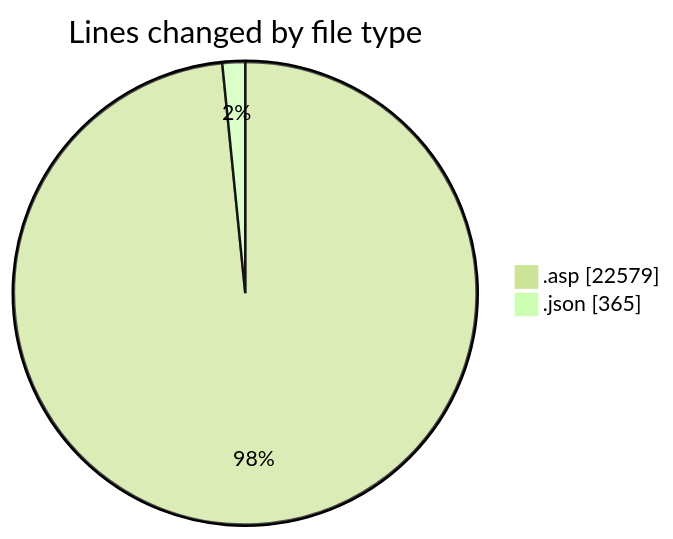
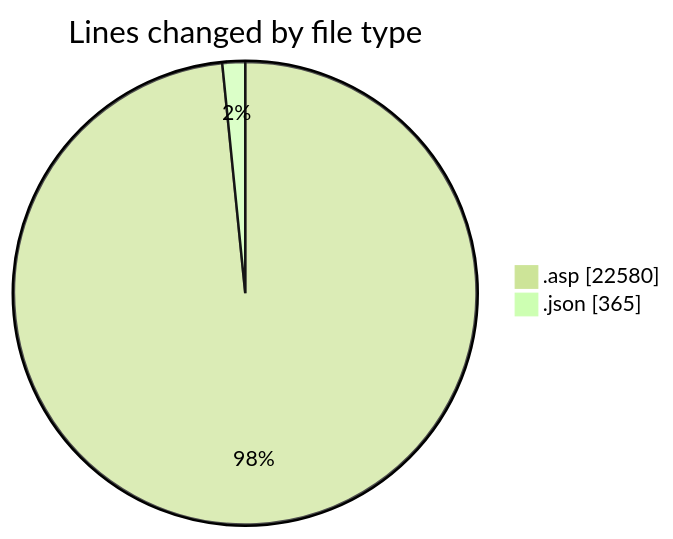
One commit to julien-gomy/code-tracking changed the first of 2 diagrams in 2025-11-01/cdp_aleoudev_fr__workspace_/README.md. Above: the diagram before and after it, drawn with Mermaid (forest theme). The commit also changed other lines of this file and 1 other file, not shown here.

````diff
--- a/2025-11-01/cdp_aleoudev_fr__workspace_/README.md
+++ b/2025-11-01/cdp_aleoudev_fr__workspace_/README.md
@@ -29,6 +29,6 @@
 ```mermaid
 pie showData
 title Lines changed by file type
-".asp" : 22579
+".asp" : 22580
 ".json" : 365
 ```
````
